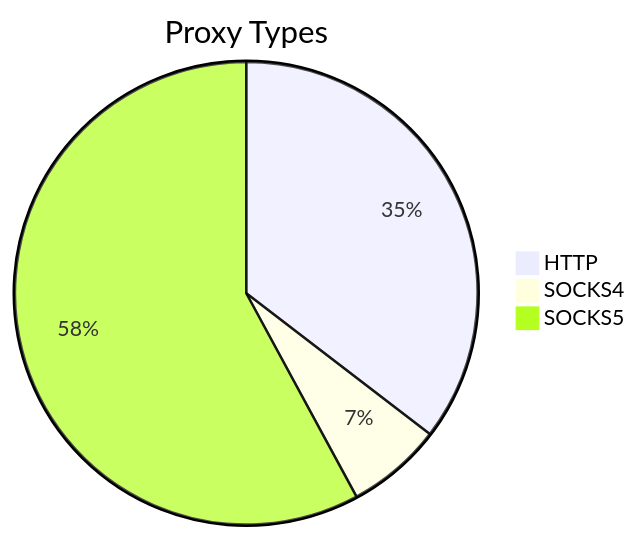
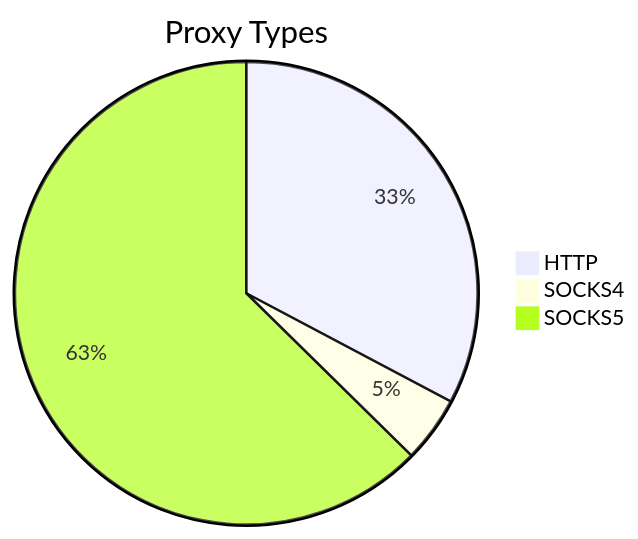
One commit to stormsia/proxy-list changed the first of 2 diagrams in README.md. Above: the diagram before and after it, drawn with Mermaid. The commit also changed other lines of this file, not shown here.

````diff
--- a/README.md
+++ b/README.md
@@ -21,6 +21,6 @@
 ```mermaid
 pie title Proxy Types
-    "HTTP" : 159
-    "SOCKS4" : 30
-    "SOCKS5" : 260
+    "HTTP" : 149
+    "SOCKS4" : 21
+    "SOCKS5" : 285
 ```
````
